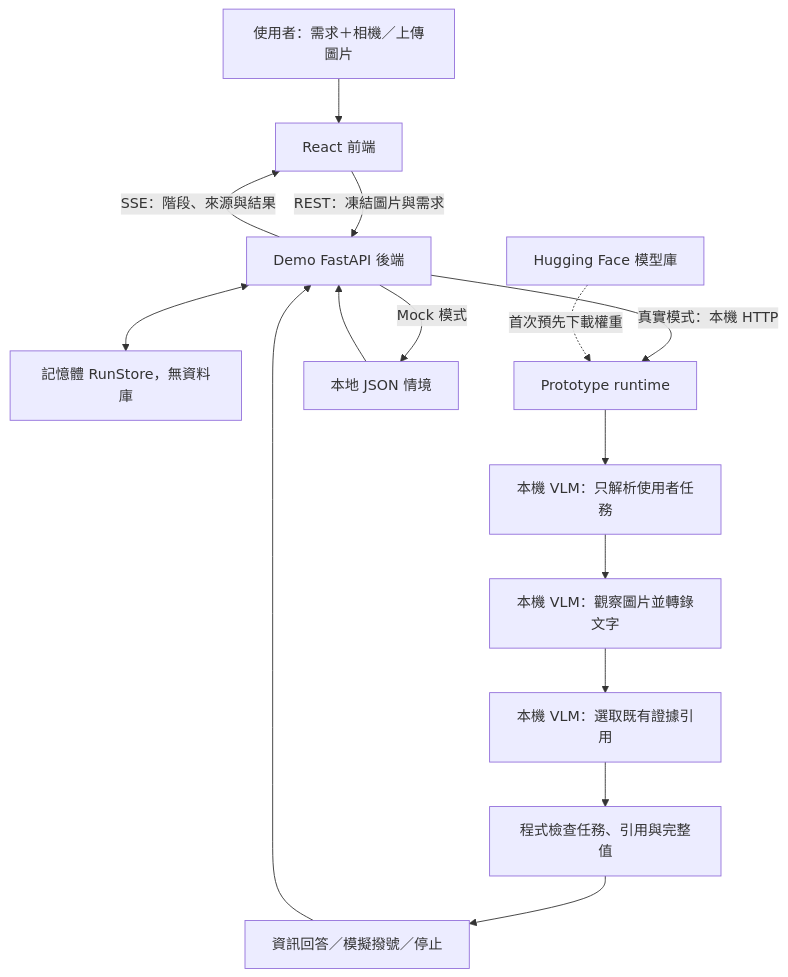
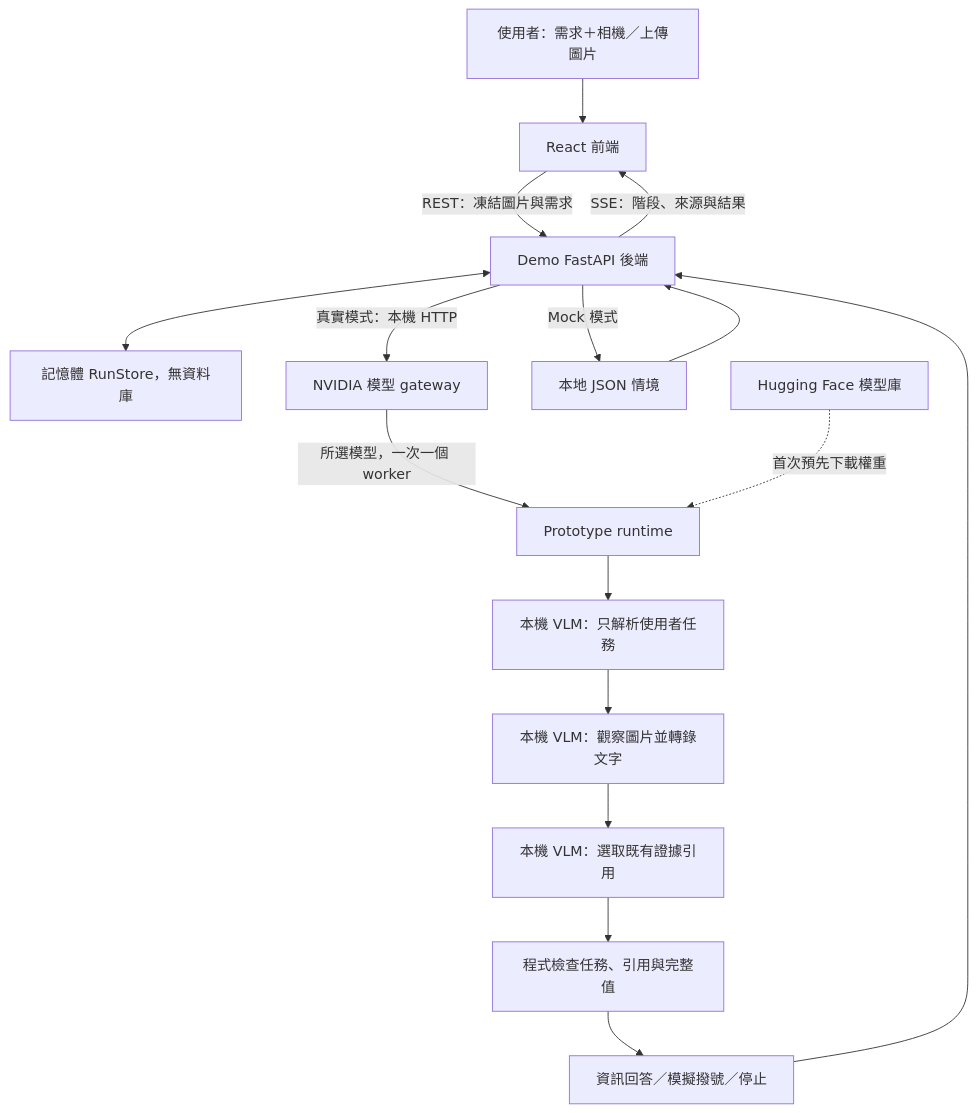
Before and after one commit to tyc4d/FM26-LensGuard-Demo: the diagram in READMD_zh.md, drawn with Mermaid. The commit also changed other lines of this file and 27 other files, not shown here.

````diff
--- a/READMD_zh.md
+++ b/READMD_zh.md
@@ -25,17 +25,18 @@
 ```mermaid
 flowchart TD
     U[使用者：需求＋相機／上傳圖片] --> F[React 前端]
     F -->|REST：凍結圖片與需求| B[Demo FastAPI 後端]
     B -->|SSE：階段、來源與結果| F
     B <--> R[記憶體 RunStore，無資料庫]
-    B -->|真實模式：本機 HTTP| P[Prototype runtime]
+    B -->|真實模式：本機 HTTP| N[NVIDIA 模型 gateway]
+    N -->|所選模型，一次一個 worker| P[Prototype runtime]
     B -->|Mock 模式| M[本地 JSON 情境]
     P --> T[本機 VLM：只解析使用者任務]
     T --> V[本機 VLM：觀察圖片並轉錄文字]
     V --> C[本機 VLM：選取既有證據引用]
     C --> G[程式檢查任務、引用與完整值]
     G --> O[資訊回答／模擬撥號／停止]
     O --> B
     M --> B
     H[Hugging Face 模型庫] -.首次預先下載權重.-> P
 ```
````
